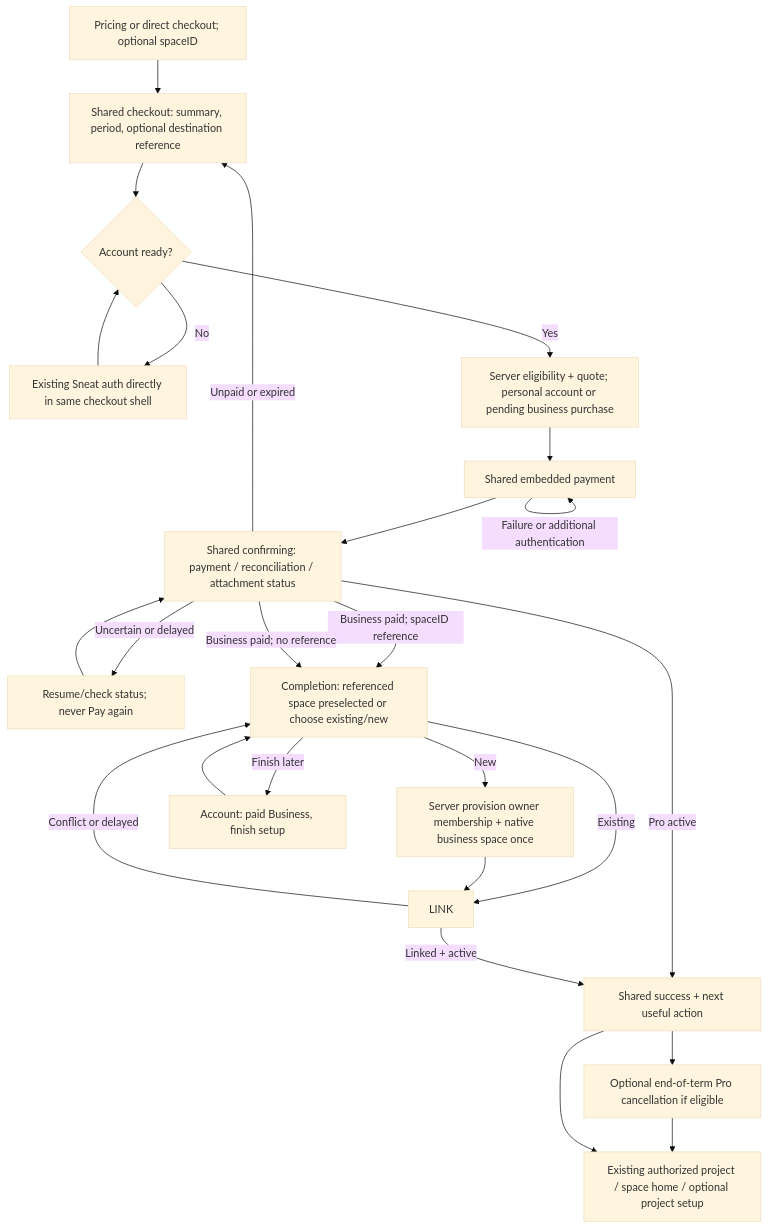
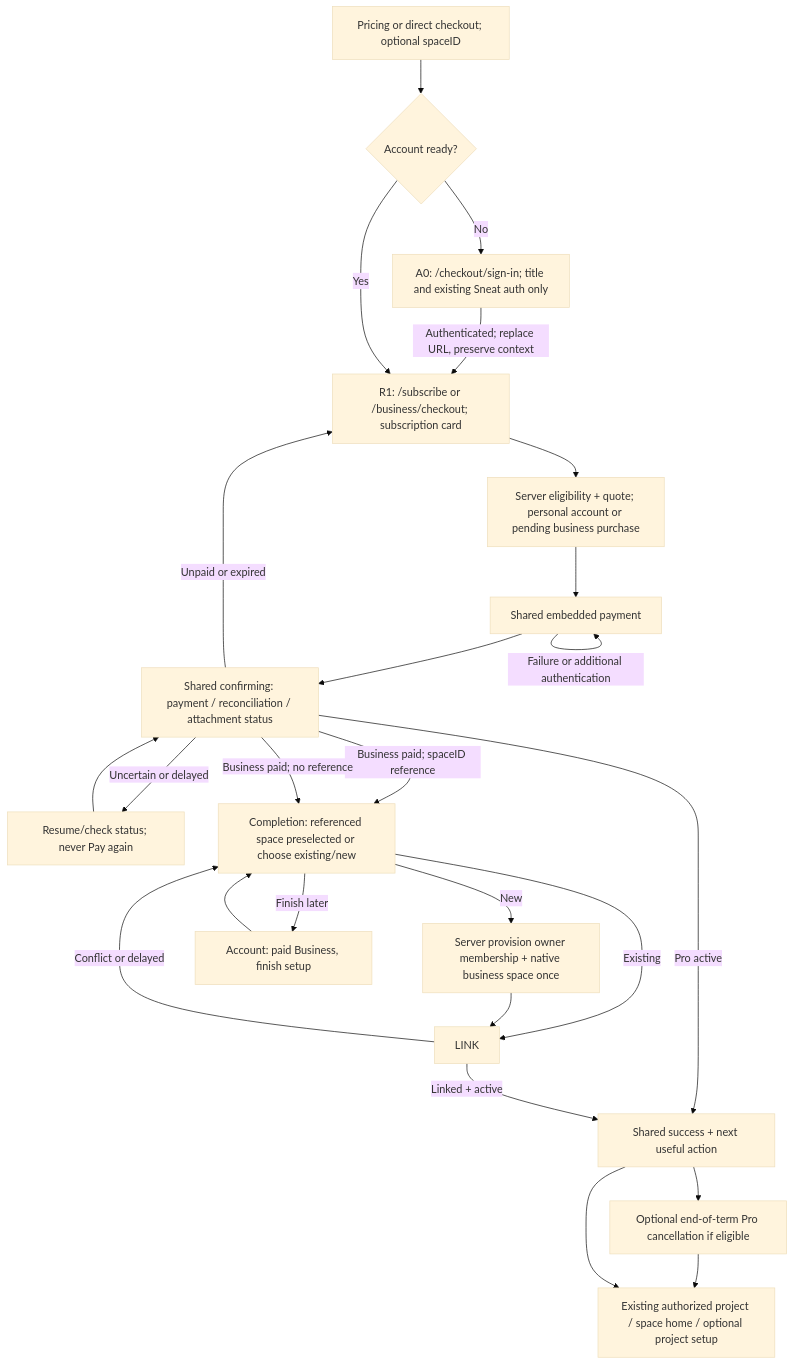
One commit to datatug/datatug-apps changed the second of 2 diagrams in spec/features/checkout-journey/README.md. Above: the diagram before and after it, drawn with Mermaid (base theme). The commit also changed other lines of this file and 42 other files, not shown here.

Commit message:
feat: separate checkout sign-in and simplify subscription cards

````diff
--- a/spec/features/checkout-journey/README.md
+++ b/spec/features/checkout-journey/README.md
@@ -139,27 +139,27 @@
 ```mermaid
 flowchart TD
-  E[Pricing or direct checkout; optional spaceID] --> R1[Shared checkout: summary, period, optional destination reference]
-  R1 --> A{Account ready?}
-  A -->|No| AU[Existing Sneat auth directly in same checkout shell]
-  AU --> A
-  A -->|Yes| Q[Server eligibility + quote; personal account or pending business purchase]
+  E[Pricing or direct checkout; optional spaceID] --> A{Account ready?}
+  A -->|No| AU[A0: /checkout/sign-in; title and existing Sneat auth only]
+  AU -->|Authenticated; replace URL, preserve context| R1[R1: /subscribe or /business/checkout; subscription card]
+  A -->|Yes| R1
+  R1 --> Q[Server eligibility + quote; personal account or pending business purchase]
   Q --> R2[Shared embedded payment]
   R2 -->|Failure or additional authentication| R2
   R2 --> R3[Shared confirming: payment / reconciliation / attachment status]
   R3 -->|Unpaid or expired| R1
   R3 -->|Uncertain or delayed| WAIT[Resume/check status; never Pay again]
   WAIT --> R3
   R3 -->|Pro active| R5[Shared success + next useful action]
   R3 -->|Business paid; spaceID reference| R4[Completion: referenced space preselected or choose existing/new]
   R3 -->|Business paid; no reference| R4
   R4 -->|Existing| LINK
   R4 -->|New| NEW[Server provision owner membership + native business space once]
   NEW --> LINK
   LINK -->|Linked + active| R5
   LINK -->|Conflict or delayed| R4
   R4 -->|Finish later| RESUME[Account: paid Business, finish setup]
   RESUME --> R4
   R5 --> OPT[Optional end-of-term Pro cancellation if eligible]
   OPT --> DEST[Existing authorized project / space home / optional project setup]
   R5 --> DEST
 ```
````
